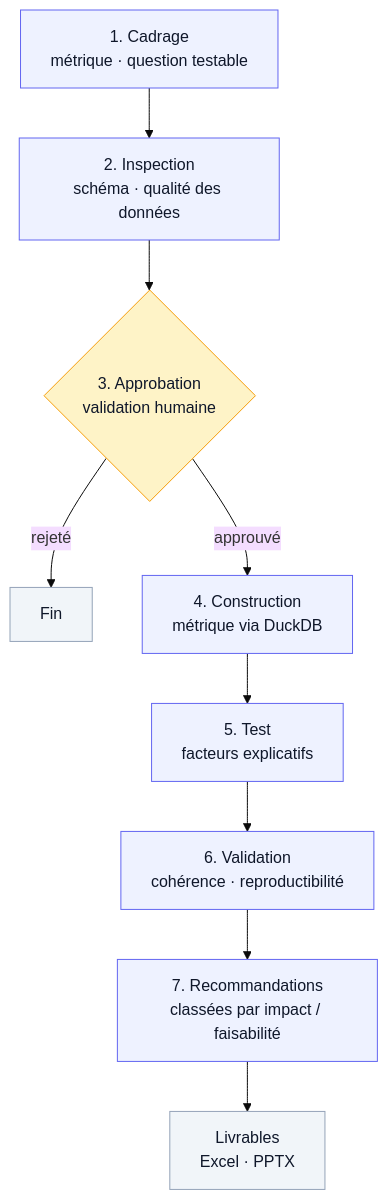
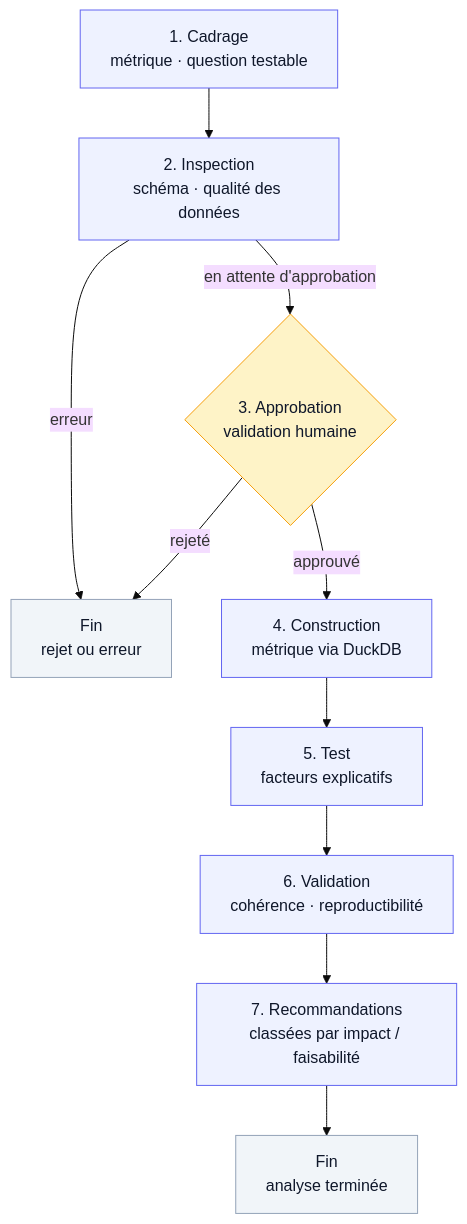
One commit to Nyamey/ai-data-agent changed the diagram in docs/architecture.mmd. Above: the diagram before and after it, drawn with Mermaid (base theme). The commit also changed 1 other file, not shown here.

Commit message:
Fix architecture diagram: remove fictional node, remove emoji
Both docs/architecture.mmd and .svg had drifted from the real graph in
agent/graph.py:

- A fictional 'Livrables / Excel . PPTX' node followed Recommandations,
  implying deliverable generation is part of the executed flow. It
  isn't: recommend_node goes straight to END, and agent/output/ is
  still unwired (see README roadmap). Replaced with an accurate 'Fin'
  terminal.
- The inspection node's conditional edge to END (taken when the status
  isn't AWAITING_APPROVAL) was missing entirely -- only the approval
  node's rejection path to Fin was drawn. Added the missing edge.
- The SVG had a stray raised-hand emoji on the approval node's label
  (a hand emoji next to "validation humaine"); removed.

Verified by rendering the SVG (Playwright screenshot) and checking
both files for emoji characters and XML validity.

````diff
--- a/docs/architecture.mmd
+++ b/docs/architecture.mmd
@@ -1,18 +1,20 @@
-%% Workflow de l'agent ai-data-agent (LangGraph)
-%% Rendu automatiquement par GitHub dans un bloc ```mermaid
+%% Workflow de l'agent ai-data-agent (LangGraph) -- reflète les arêtes
+%% réelles de agent/graph.py (build_agent_graph). Rendu automatiquement
+%% par GitHub dans un bloc ```mermaid
 flowchart TD
     A[1. Cadrage<br/>métrique · question testable] --> B[2. Inspection<br/>schéma · qualité des données]
-    B --> C{3. Approbation<br/> validation humaine}
-    C -->|rejeté| X[Fin]
+    B -->|en attente d'approbation| C{3. Approbation<br/>validation humaine}
+    B -->|erreur| X[Fin<br/>rejet ou erreur]
+    C -->|rejeté| X
     C -->|approuvé| D[4. Construction<br/>métrique via DuckDB]
     D --> E[5. Test<br/>facteurs explicatifs]
     E --> F[6. Validation<br/>cohérence · reproductibilité]
     F --> G[7. Recommandations<br/>classées par impact / faisabilité]
-    G --> H[Livrables<br/>Excel · PPTX]
+    G --> Y[Fin<br/>analyse terminée]
 
     classDef step fill:#eef2ff,stroke:#6366f1,color:#0f172a;
     classDef human fill:#fef3c7,stroke:#f59e0b,color:#0f172a;
     classDef term fill:#f1f5f9,stroke:#94a3b8,color:#0f172a;
     class A,B,D,E,F,G step;
     class C human;
-    class X,H term;
+    class X,Y term;
````
